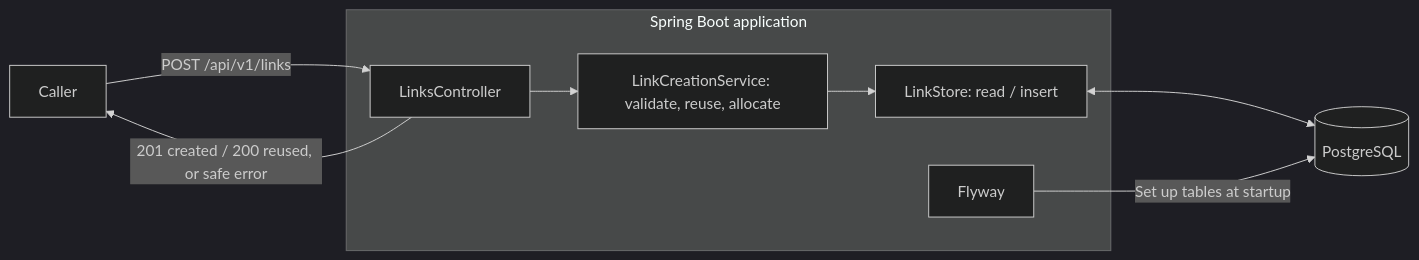
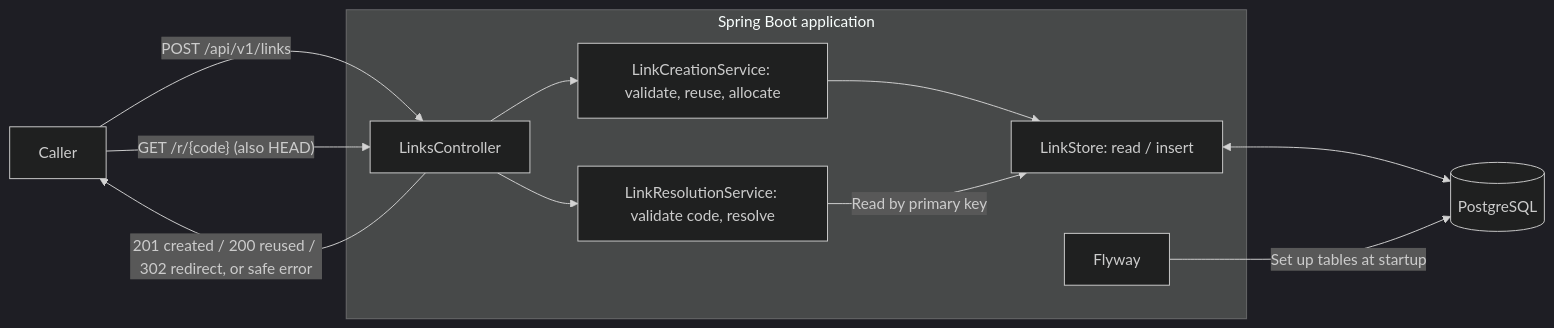
Before and after one commit to jyshnkr/url-shortener: the diagram in docs/architecture.md, drawn with Mermaid (dark theme). The commit also changed other lines of this file and 34 other files, not shown here.

Commit message:
feat: Implement Link Resolution and security checks setup

````diff
--- a/docs/architecture.md
+++ b/docs/architecture.md
@@ -6,12 +6,15 @@
 ```mermaid
 flowchart LR
     C["Caller"] -->|"POST /api/v1/links"| H
+    C -->|"GET /r/{code} (also HEAD)"| H
     subgraph APP["Spring Boot application"]
         H["LinksController"] --> L["LinkCreationService: validate, reuse, allocate"]
         L --> S["LinkStore: read / insert"]
+        H --> R["LinkResolutionService: validate code, resolve"]
+        R -->|"Read by primary key"| S
         F["Flyway"]
     end
     S <--> DB[(PostgreSQL)]
     F -->|"Set up tables at startup"| DB
-    H -->|"201 created / 200 reused, or safe error"| C
+    H -->|"201 created / 200 reused / 302 redirect, or safe error"| C
 ```
````
